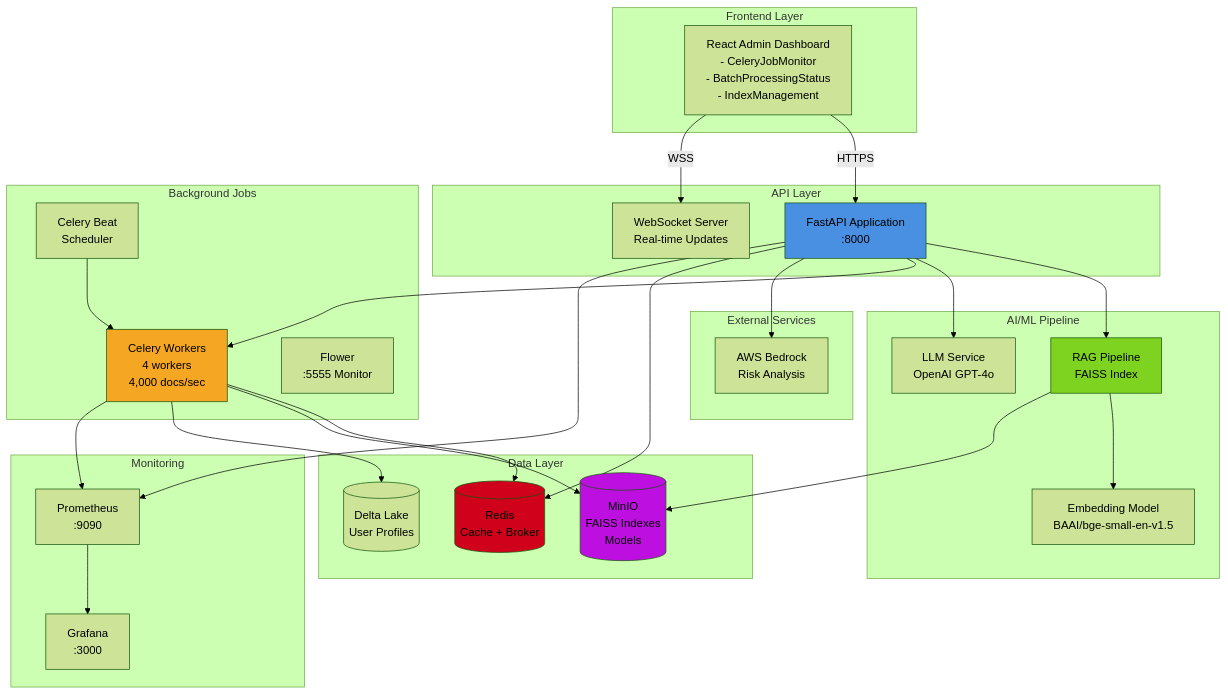
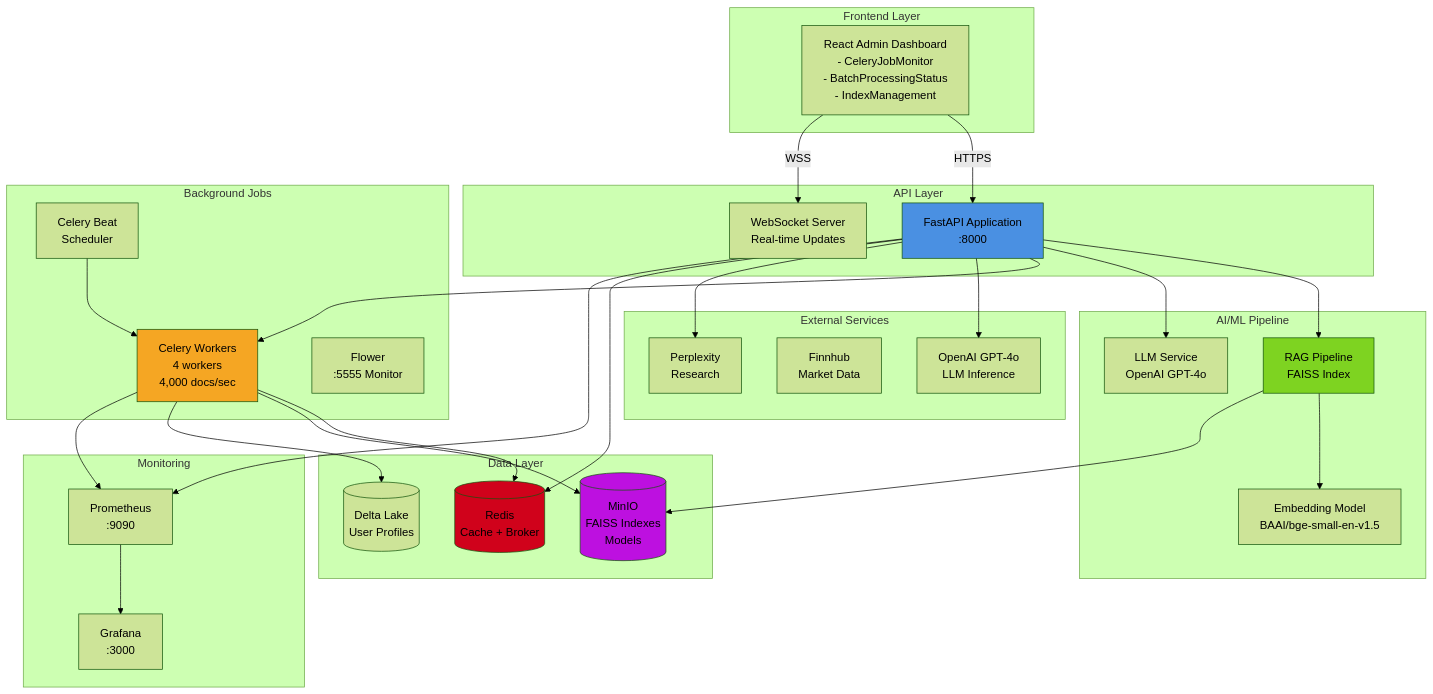
Before and after one commit to PhoenixWild29/APFA-Prod: the first of 4 diagrams in docs/blueprint-templates/SUGGESTED-DIAGRAMS.md, drawn with Mermaid (forest theme). The commit also changed other lines of this file and 5 other files, not shown here.

````diff
--- a/docs/blueprint-templates/SUGGESTED-DIAGRAMS.md
+++ b/docs/blueprint-templates/SUGGESTED-DIAGRAMS.md
@@ -12,61 +12,64 @@
 ```mermaid
 graph TB
     subgraph "Frontend Layer"
         UI[React Admin Dashboard<br/>- CeleryJobMonitor<br/>- BatchProcessingStatus<br/>- IndexManagement]
     end
     
     subgraph "API Layer"
         API[FastAPI Application<br/>:8000]
         WS[WebSocket Server<br/>Real-time Updates]
     end
     
     subgraph "AI/ML Pipeline"
         RAG[RAG Pipeline<br/>FAISS Index]
         LLM[LLM Service<br/>OpenAI GPT-4o]
         EMB[Embedding Model<br/>BAAI/bge-small-en-v1.5]
     end
     
     subgraph "Background Jobs"
         CELERY[Celery Workers<br/>4 workers<br/>4,000 docs/sec]
         BEAT[Celery Beat<br/>Scheduler]
         FLOWER[Flower<br/>:5555 Monitor]
     end
     
     subgraph "Data Layer"
         REDIS[(Redis<br/>Cache + Broker)]
         MINIO[(MinIO<br/>FAISS Indexes<br/>Models)]
         DELTA[(Delta Lake<br/>User Profiles)]
     end
     
     subgraph "Monitoring"
         PROM[Prometheus<br/>:9090]
         GRAF[Grafana<br/>:3000]
     end
     
     subgraph "External Services"
-        BEDROCK[AWS Bedrock<br/>Risk Analysis]
+        OPENAI[OpenAI GPT-4o<br/>LLM Inference]
+        FINNHUB[Finnhub<br/>Market Data]
+        PPLX[Perplexity<br/>Research]
     end
     
     UI -->|HTTPS| API
     UI -->|WSS| WS
     API --> RAG
     API --> LLM
     API --> CELERY
-    API --> BEDROCK
+    API --> OPENAI
+    API --> PPLX
     RAG --> EMB
     RAG --> MINIO
     CELERY --> REDIS
     CELERY --> MINIO
     CELERY --> DELTA
     BEAT --> CELERY
     API --> REDIS
     API --> PROM
     CELERY --> PROM
     PROM --> GRAF
     
     style API fill:#4A90E2
     style CELERY fill:#F5A623
     style RAG fill:#7ED321
     style REDIS fill:#D0021B
     style MINIO fill:#BD10E0
 ```
````
